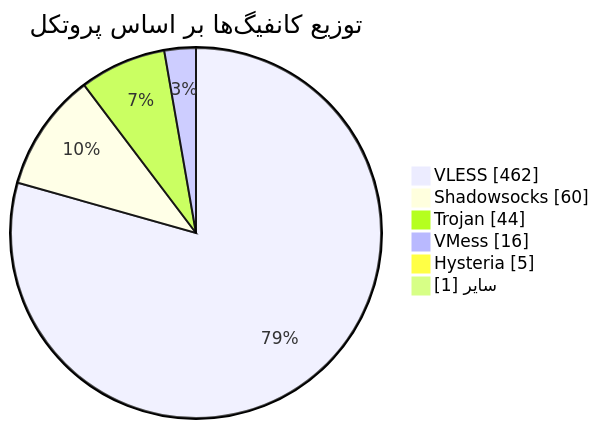
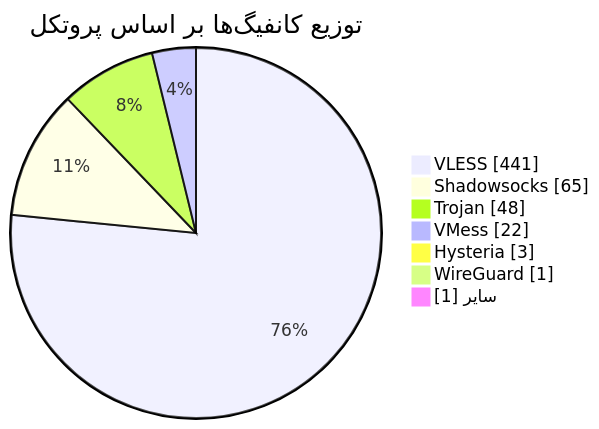
Before and after one commit to Arian-Alijani/Somthing: the diagram in README.md, drawn with Mermaid. The commit also changed other lines of this file and 19 other files, not shown here.

````diff
--- a/README.md
+++ b/README.md
@@ -48,10 +49,11 @@
 ```mermaid
 pie showData
     title توزیع کانفیگ‌ها بر اساس پروتکل
-    "VLESS" : 462
-    "Shadowsocks" : 60
-    "Trojan" : 44
-    "VMess" : 16
-    "Hysteria" : 5
+    "VLESS" : 441
+    "Shadowsocks" : 65
+    "Trojan" : 48
+    "VMess" : 22
+    "Hysteria" : 3
+    "WireGuard" : 1
     "سایر" : 1
 ```
````
